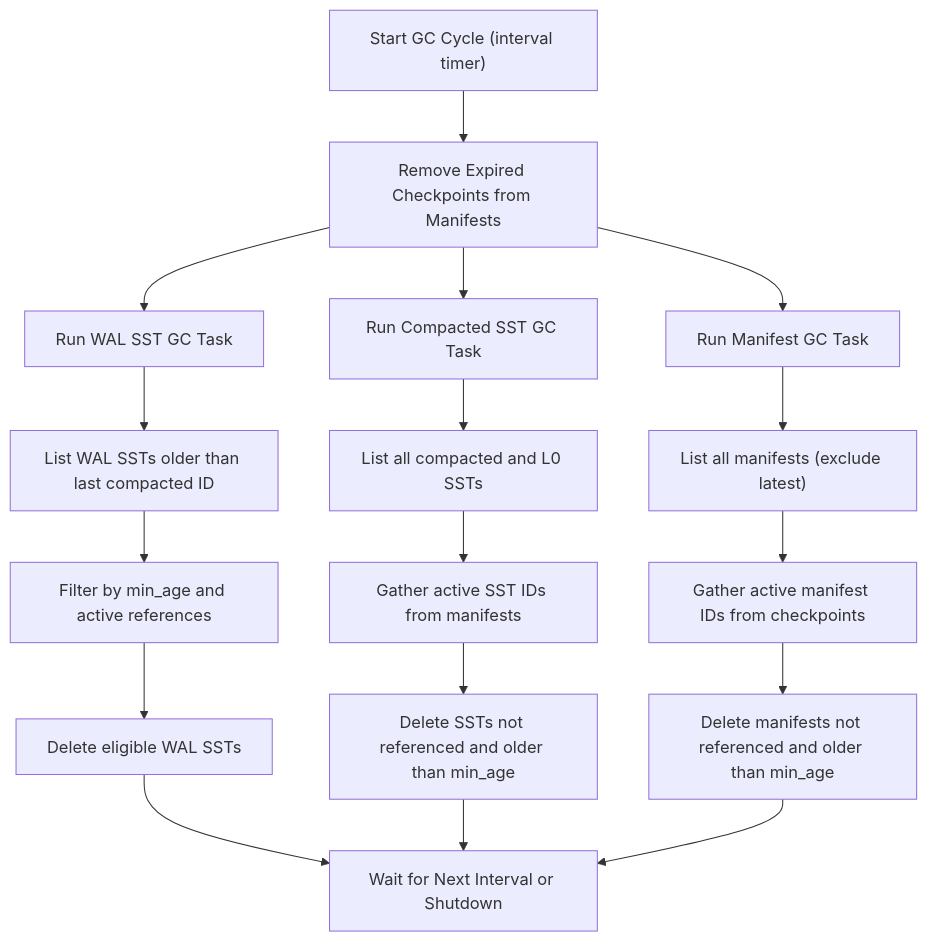
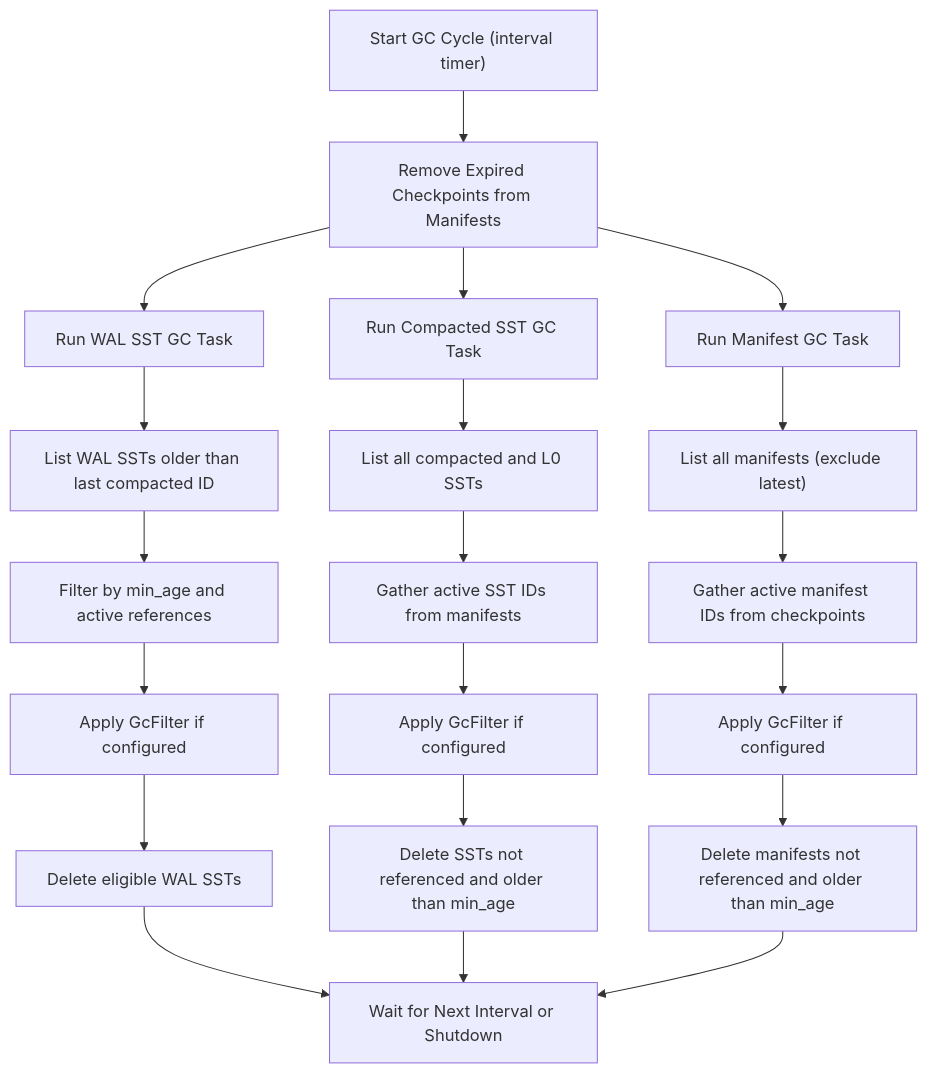
One commit to slatedb/slatedb changed the diagram in website/src/content/docs/docs/design/gc.mdx. Above: the diagram before and after it, drawn with Mermaid. The commit also changed other lines of this file, not shown here.

````diff
--- a/website/src/content/docs/docs/design/gc.mdx
+++ b/website/src/content/docs/docs/design/gc.mdx
@@ -14,22 +34,25 @@
 ```mermaid
 flowchart TD
 
     A["Start GC Cycle (interval timer)"] --> B[Remove Expired Checkpoints from Manifests]
 
     B --> C[Run WAL SST GC Task]
     C --> C1[List WAL SSTs older than last compacted ID]
     C1 --> C2[Filter by min_age and active references]
-    C2 --> C3[Delete eligible WAL SSTs]
+    C2 --> C2a[Apply GcFilter if configured]
+    C2a --> C3[Delete eligible WAL SSTs]
 
     B --> D[Run Compacted SST GC Task]
     D --> D1[List all compacted and L0 SSTs]
     D1 --> D2[Gather active SST IDs from manifests]
-    D2 --> D3[Delete SSTs not referenced and older than min_age]
+    D2 --> D2a[Apply GcFilter if configured]
+    D2a --> D3[Delete SSTs not referenced and older than min_age]
 
     B --> E[Run Manifest GC Task]
     E --> E1["List all manifests (exclude latest)"]
     E1 --> E2[Gather active manifest IDs from checkpoints]
-    E2 --> E3[Delete manifests not referenced and older than min_age]
+    E2 --> E2a[Apply GcFilter if configured]
+    E2a --> E3[Delete manifests not referenced and older than min_age]
 
     C3 & D3 & E3 --> G[Wait for Next Interval or Shutdown]
 ```
````
